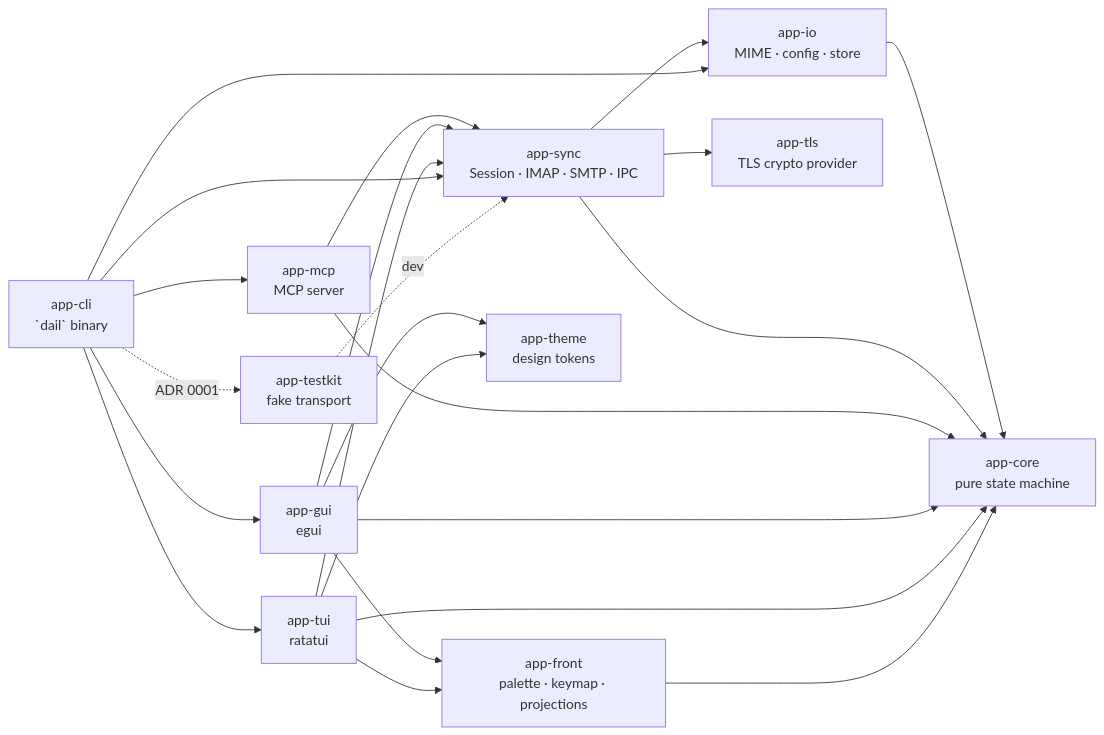
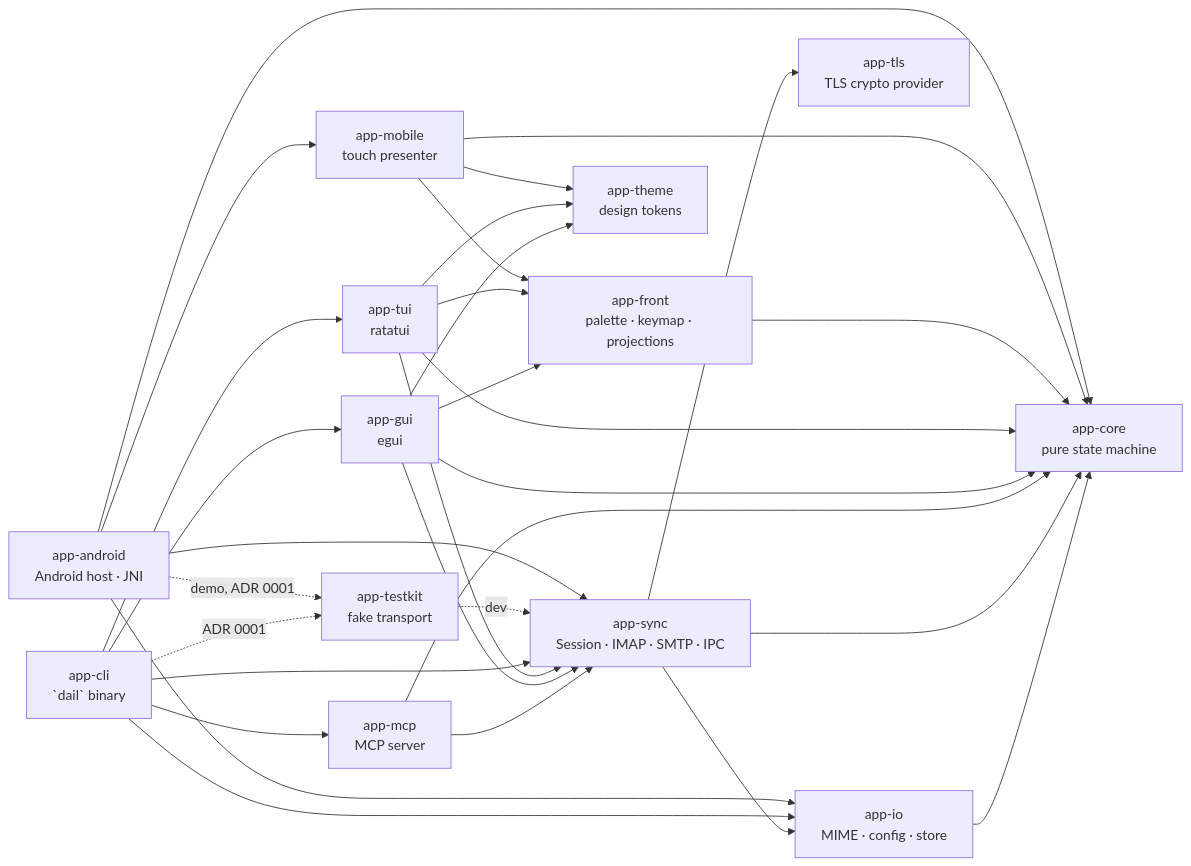
The first of 2 diagrams in ARCHITECTURE.md (dariy/dail), drawn with Mermaid before and after one commit. The commit also changed other lines of this file and 2 other files, not shown here.

Commit message:
docs: add ADR 0009 for the Android app
Records the decisions of the Android plan (Wave 4): Compose over a Rust
presenter, app-mobile and app-android, the lint exception and the
channel-parity exception. ARCHITECTURE §2 and §3 name the new crates.

````diff
--- a/ARCHITECTURE.md
+++ b/ARCHITECTURE.md
@@ -32,37 +32,47 @@
 ```mermaid
 graph LR
   core[app-core<br/>pure state machine]
   io[app-io<br/>MIME · config · store]
   sync[app-sync<br/>Session · IMAP · SMTP · IPC]
   mcp[app-mcp<br/>MCP server]
   gui[app-gui<br/>egui]
   front[app-front<br/>palette · keymap · projections]
   tui[app-tui<br/>ratatui]
   cli[app-cli<br/>`dail` binary]
   tk[app-testkit<br/>fake transport]
   tls[app-tls<br/>TLS crypto provider]
   theme[app-theme<br/>design tokens]
+  mobile[app-mobile<br/>touch presenter]
+  android[app-android<br/>Android host · JNI]
 
   io --> core
   sync --> core
   sync --> io
   sync --> tls
   mcp --> sync
   mcp --> core
   gui --> sync
   gui --> core
   gui --> front
   gui --> theme
   tui --> sync
   tui --> core
   tui --> front
   tui --> theme
   front --> core
   cli --> mcp
   cli --> gui
   cli --> tui
   cli --> sync
   cli --> io
   cli -.ADR 0001.-> tk
   tk -.dev.-> sync
+  mobile --> core
+  mobile --> front
+  mobile --> theme
+  android --> mobile
+  android --> sync
+  android --> io
+  android --> core
+  android -.demo, ADR 0001.-> tk
 ```
````
